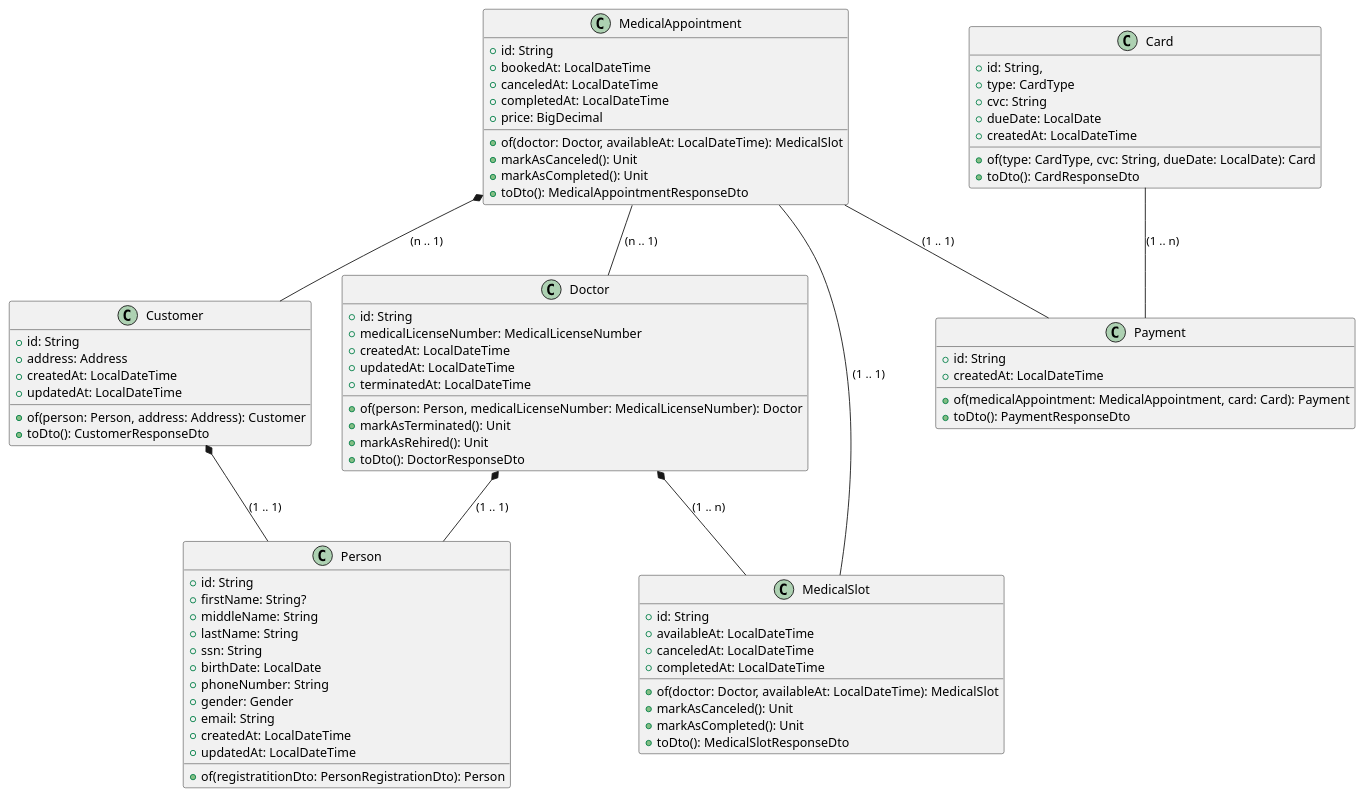
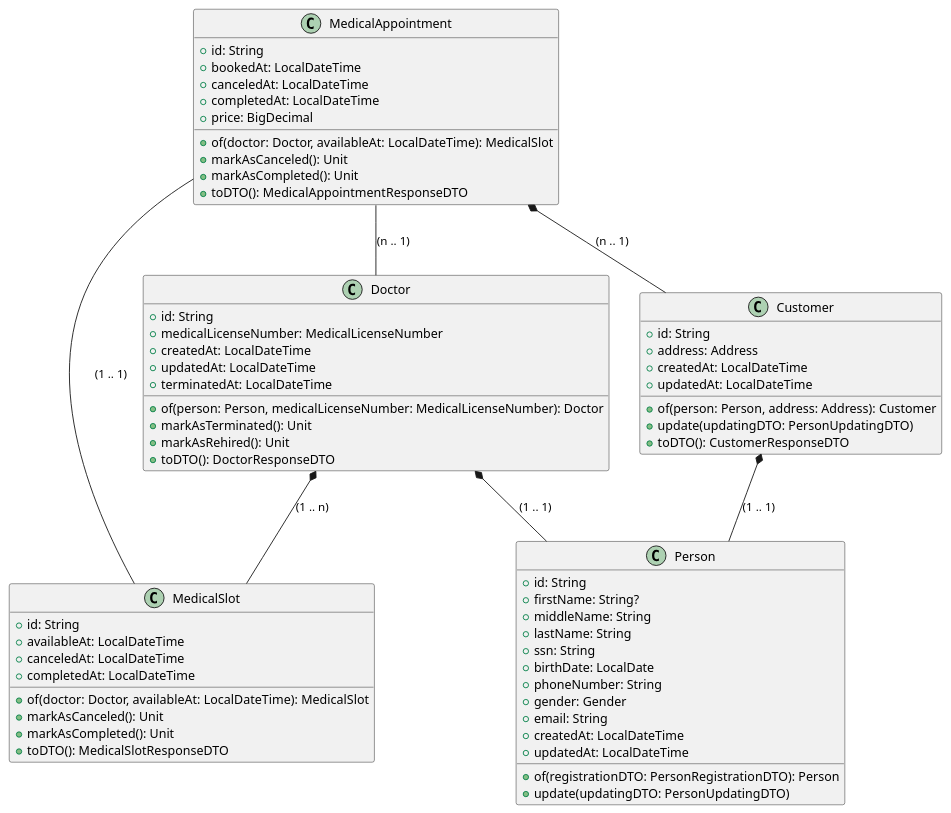
The diagram in codes/class_diagram_code.wsd (LazaroDamasceno/Dissertacao-Mestrado), drawn with PlantUML before and after one commit. The commit also changed 18 other files, not shown here.

```diff
--- a/codes/class_diagram_code.wsd
+++ b/codes/class_diagram_code.wsd
@@ -1,95 +1,76 @@
 @startuml
 
 class "Person" {
  +id: String
  +firstName: String?
  +middleName: String
  +lastName: String
  +ssn: String
  +birthDate: LocalDate
  +phoneNumber: String
  +gender: Gender
  +email: String
  +createdAt: LocalDateTime
  +updatedAt: LocalDateTime
  
- +of(registratitionDto: PersonRegistrationDto): Person
+ +of(registrationDTO: PersonRegistrationDTO): Person
+ +update(updatingDTO: PersonUpdatingDTO)
 }
 
 class "Customer" {
  +id: String
  +address: Address
  +createdAt: LocalDateTime
  +updatedAt: LocalDateTime
  
  +of(person: Person, address: Address): Customer
- +toDto(): CustomerResponseDto
+ +update(updatingDTO: PersonUpdatingDTO)
+ +toDTO(): CustomerResponseDTO
 }
 
 class "Doctor" {
  +id: String
  +medicalLicenseNumber: MedicalLicenseNumber
  +createdAt: LocalDateTime
  +updatedAt: LocalDateTime
  +terminatedAt: LocalDateTime
  
  +of(person: Person, medicalLicenseNumber: MedicalLicenseNumber): Doctor
  +markAsTerminated(): Unit
  +markAsRehired(): Unit
- +toDto(): DoctorResponseDto
+ +toDTO(): DoctorResponseDTO
 }
 
 class "MedicalSlot" {
   +id: String
   +availableAt: LocalDateTime
   +canceledAt: LocalDateTime
   +completedAt: LocalDateTime
   
   +of(doctor: Doctor, availableAt: LocalDateTime): MedicalSlot
   +markAsCanceled(): Unit
   +markAsCompleted(): Unit
-  +toDto(): MedicalSlotResponseDto
+  +toDTO(): MedicalSlotResponseDTO
 }
 
 class "MedicalAppointment" {
   +id: String
   +bookedAt: LocalDateTime
   +canceledAt: LocalDateTime
   +completedAt: LocalDateTime
   +price: BigDecimal
   
   +of(doctor: Doctor, availableAt: LocalDateTime): MedicalSlot
   +markAsCanceled(): Unit
   +markAsCompleted(): Unit
-  +toDto(): MedicalAppointmentResponseDto
-}
-
-class "Card" {
-  +id: String,
-  +type: CardType
-  +cvc: String
-  +dueDate: LocalDate
-  +createdAt: LocalDateTime
-  
-  +of(type: CardType, cvc: String, dueDate: LocalDate): Card
-  +toDto(): CardResponseDto
-}
-
-class "Payment" {
-  +id: String
-  +createdAt: LocalDateTime
-  
-  + of(medicalAppointment: MedicalAppointment, card: Card): Payment
-  +toDto(): PaymentResponseDto
+  +toDTO(): MedicalAppointmentResponseDTO
 }
 
 Customer *-- Person: "(1 .. 1)"
 Doctor *-- Person: "(1 .. 1)"
 Doctor *-- MedicalSlot: "(1 .. n)"
 MedicalAppointment -- Doctor: "(n .. 1)"
 MedicalAppointment *-- Customer: "(n .. 1)"
 MedicalSlot -- MedicalAppointment: "(1 .. 1)"
-Card -- Payment: "(1 .. n)"
-MedicalAppointment -- Payment: "(1 .. 1)"
 
 @enduml
```
